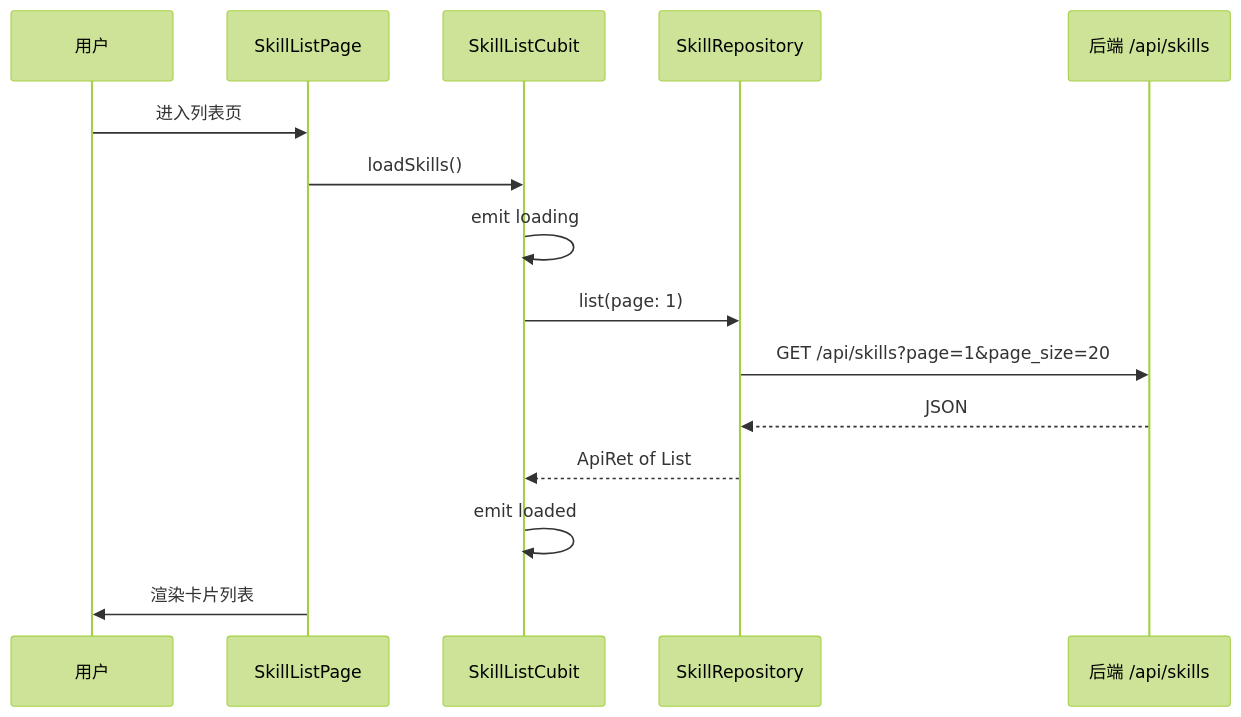
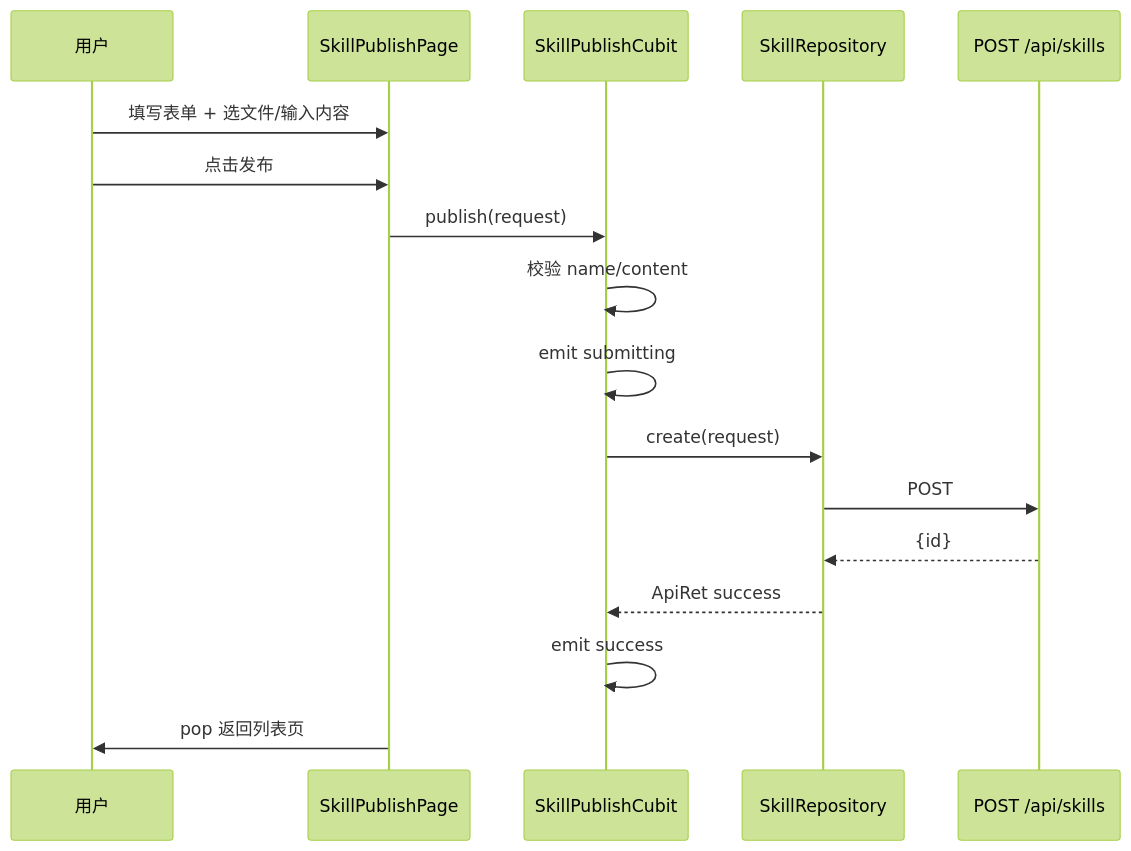
Before and after one commit to toly1994328/skills-hub-by-ai: the second of 2 diagrams in docs/features/archiver/modules/skill/client.md, drawn with Mermaid (forest theme). The commit also changed other lines of this file and 2 other files, not shown here.

````diff
--- a/docs/features/archiver/modules/skill/client.md
+++ b/docs/features/archiver/modules/skill/client.md
@@ -56,18 +70,20 @@
 ```mermaid
 sequenceDiagram
     participant U as 用户
-    participant Page as SkillListPage
-    participant Cubit as SkillListCubit
+    participant Publish as SkillPublishPage
+    participant Cubit as SkillPublishCubit
     participant Repo as SkillRepository
-    participant API as 后端 /api/skills
+    participant API as POST /api/skills
 
-    U->>Page: 进入列表页
-    Page->>Cubit: loadSkills()
-    Cubit->>Cubit: emit loading
-    Cubit->>Repo: list(page: 1)
-    Repo->>API: GET /api/skills?page=1&page_size=20
-    API-->>Repo: JSON
-    Repo-->>Cubit: ApiRet of List
-    Cubit->>Cubit: emit loaded
-    Page->>U: 渲染卡片列表
+    U->>Publish: 填写表单 + 选文件/输入内容
+    U->>Publish: 点击发布
+    Publish->>Cubit: publish(request)
+    Cubit->>Cubit: 校验 name/content
+    Cubit->>Cubit: emit submitting
+    Cubit->>Repo: create(request)
+    Repo->>API: POST
+    API-->>Repo: {id}
+    Repo-->>Cubit: ApiRet success
+    Cubit->>Cubit: emit success
+    Publish->>U: pop 返回列表页
 ```
````
